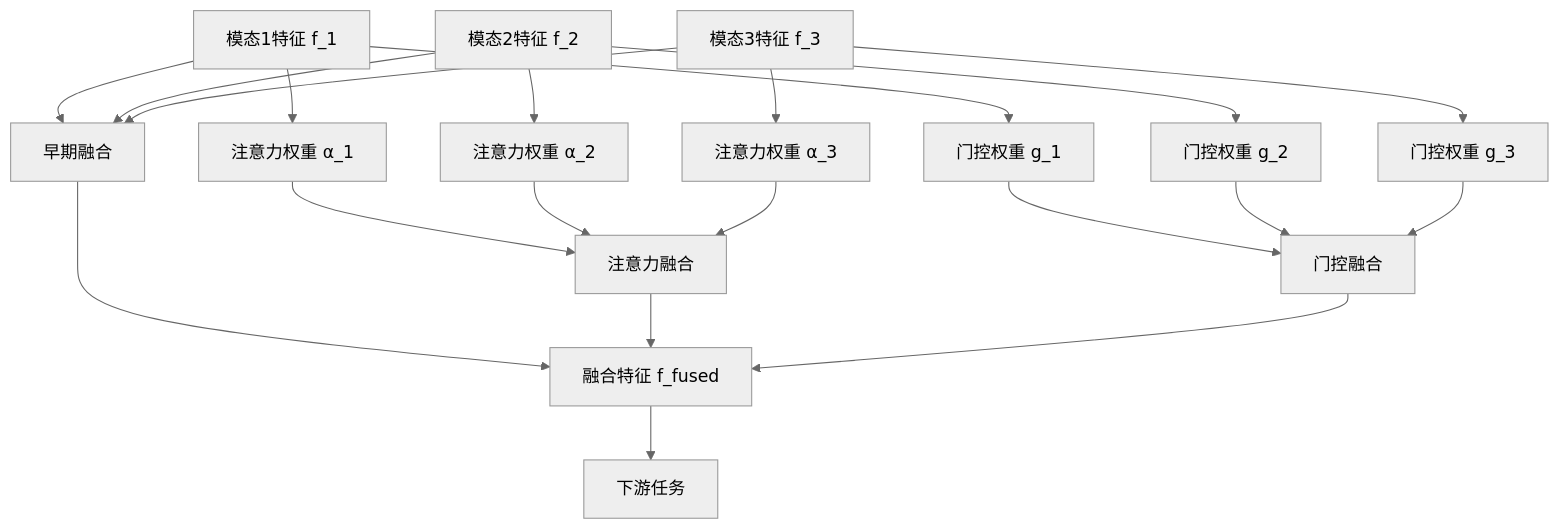
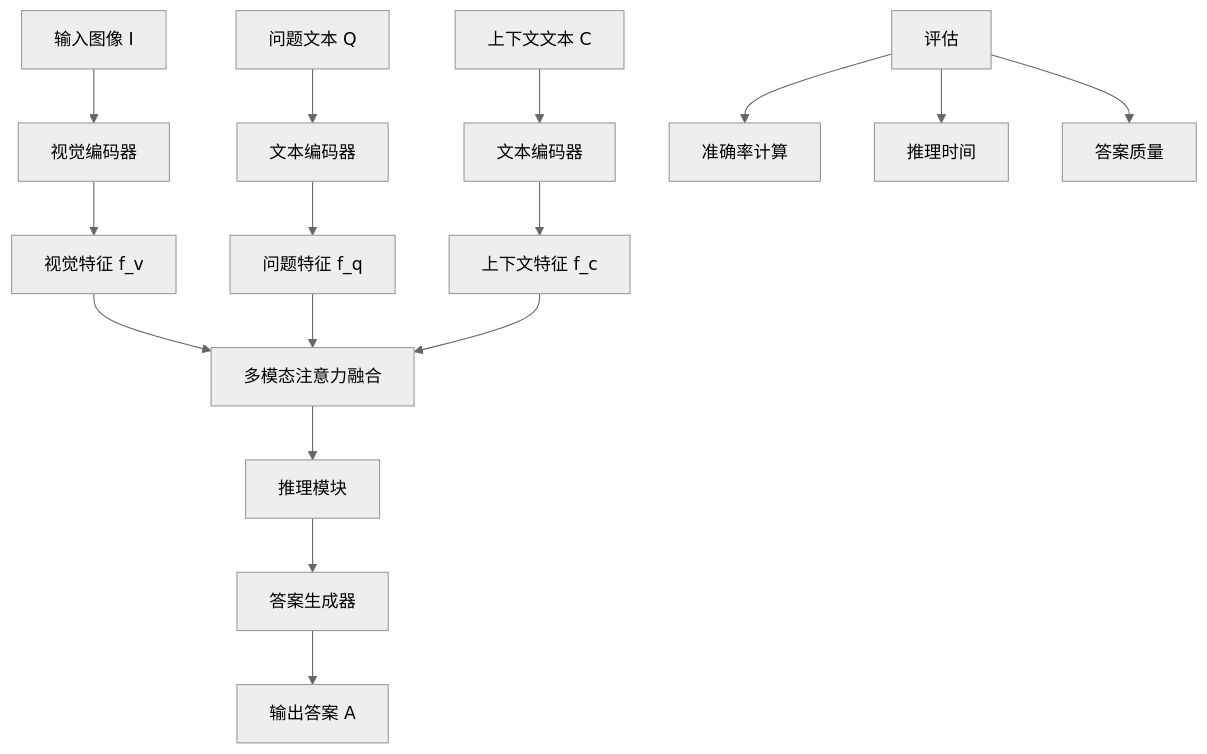
Before and after one commit to AdaMartin18010/FormalModel: the third of 3 diagrams in docs/09-实现示例/通用示例/MULTIMODAL_LEARNING_MULTI_REPRESENTATION.md, drawn with Mermaid (neutral theme). The commit also changed other lines of this file and 2 other files, not shown here.

````diff
--- a/docs/09-实现示例/通用示例/MULTIMODAL_LEARNING_MULTI_REPRESENTATION.md
+++ b/docs/09-实现示例/通用示例/MULTIMODAL_LEARNING_MULTI_REPRESENTATION.md
@@ -613,28 +512,23 @@
 ```mermaid
 graph TD
-    A[模态1特征 f_1] --> B[早期融合]
-    C[模态2特征 f_2] --> B
-    D[模态3特征 f_3] --> B
+    A[输入图像 I] --> B[视觉编码器]
+    C[问题文本 Q] --> D[文本编码器]
+    E[上下文文本 C] --> F[文本编码器]
     
-    A --> E[注意力权重 α_1]
-    C --> F[注意力权重 α_2]
-    D --> G[注意力权重 α_3]
+    B --> G[视觉特征 f_v]
+    D --> H[问题特征 f_q]
+    F --> I[上下文特征 f_c]
     
-    E --> H[注意力融合]
-    F --> H
-    G --> H
+    G --> J[多模态注意力融合]
+    H --> J
+    I --> J
     
-    A --> I[门控权重 g_1]
-    C --> J[门控权重 g_2]
-    D --> K[门控权重 g_3]
+    J --> K[推理模块]
+    K --> L[答案生成器]
     
-    I --> L[门控融合]
-    J --> L
-    K --> L
+    L --> M[输出答案 A]
     
-    B --> M[融合特征 f_fused]
-    H --> M
-    L --> M
-    
-    M --> N[下游任务]
+    N[评估] --> O[准确率计算]
+    N --> P[推理时间]
+    N --> Q[答案质量]
 ```
````
